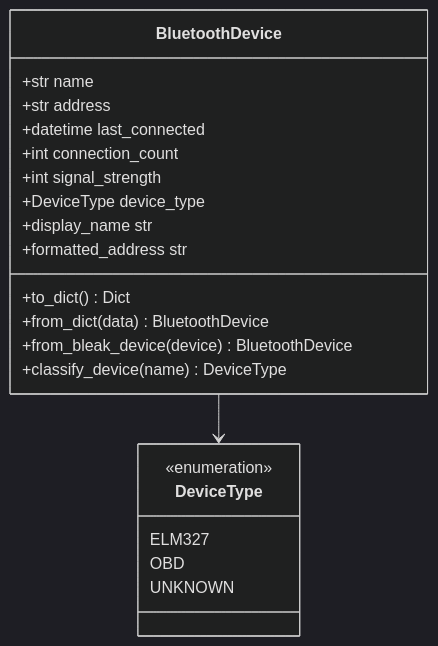
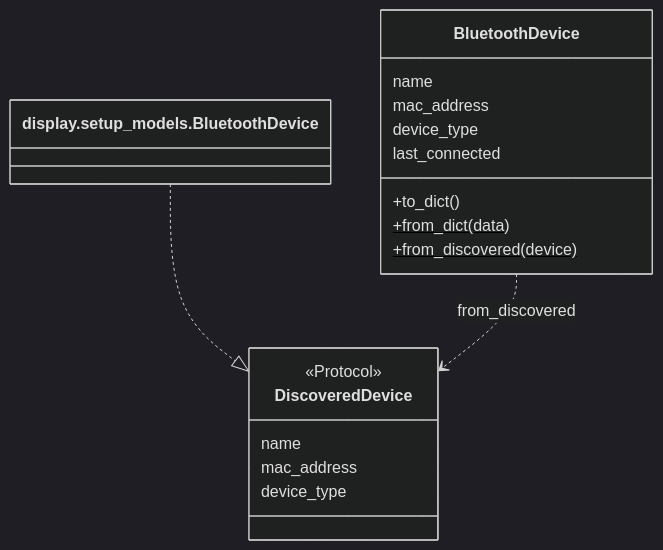
One commit to William12556/GTach changed the diagram in ai/workspace/design/design-a7b8c9d0-component_comm_bluetooth_device.md. Above: the diagram before and after it, drawn with Mermaid (dark theme). The commit also changed other lines of this file and 13 other files, not shown here.

````diff
--- a/ai/workspace/design/design-a7b8c9d0-component_comm_bluetooth_device.md
+++ b/ai/workspace/design/design-a7b8c9d0-component_comm_bluetooth_device.md
@@ -242,26 +99,21 @@
 ```mermaid
 classDiagram
+    class DiscoveredDevice {
+        <<Protocol>>
+        name
+        mac_address
+        device_type
+    }
     class BluetoothDevice {
-        +str name
-        +str address
-        +datetime last_connected
-        +int connection_count
-        +int signal_strength
-        +DeviceType device_type
-        +display_name str
-        +formatted_address str
-        +to_dict() Dict
-        +from_dict(data) BluetoothDevice
-        +from_bleak_device(device) BluetoothDevice
-        +classify_device(name) DeviceType
+        name
+        mac_address
+        device_type
+        last_connected
+        +to_dict()
+        +from_dict(data)$
+        +from_discovered(device)$
     }
-    
-    class DeviceType {
-        <<enumeration>>
-        ELM327
-        OBD
-        UNKNOWN
-    }
-    
-    BluetoothDevice --> DeviceType
+    class SetupBluetoothDevice["display.setup_models.BluetoothDevice"]
+    SetupBluetoothDevice ..|> DiscoveredDevice
+    BluetoothDevice ..> DiscoveredDevice : from_discovered
 ```
````
